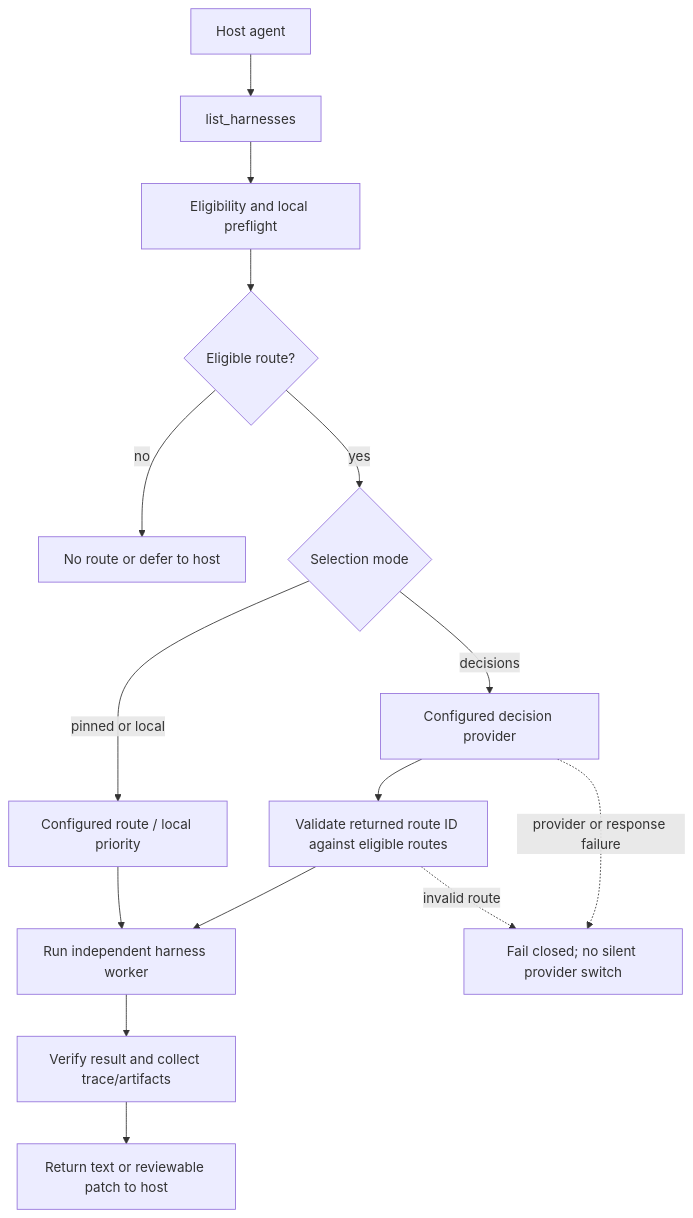
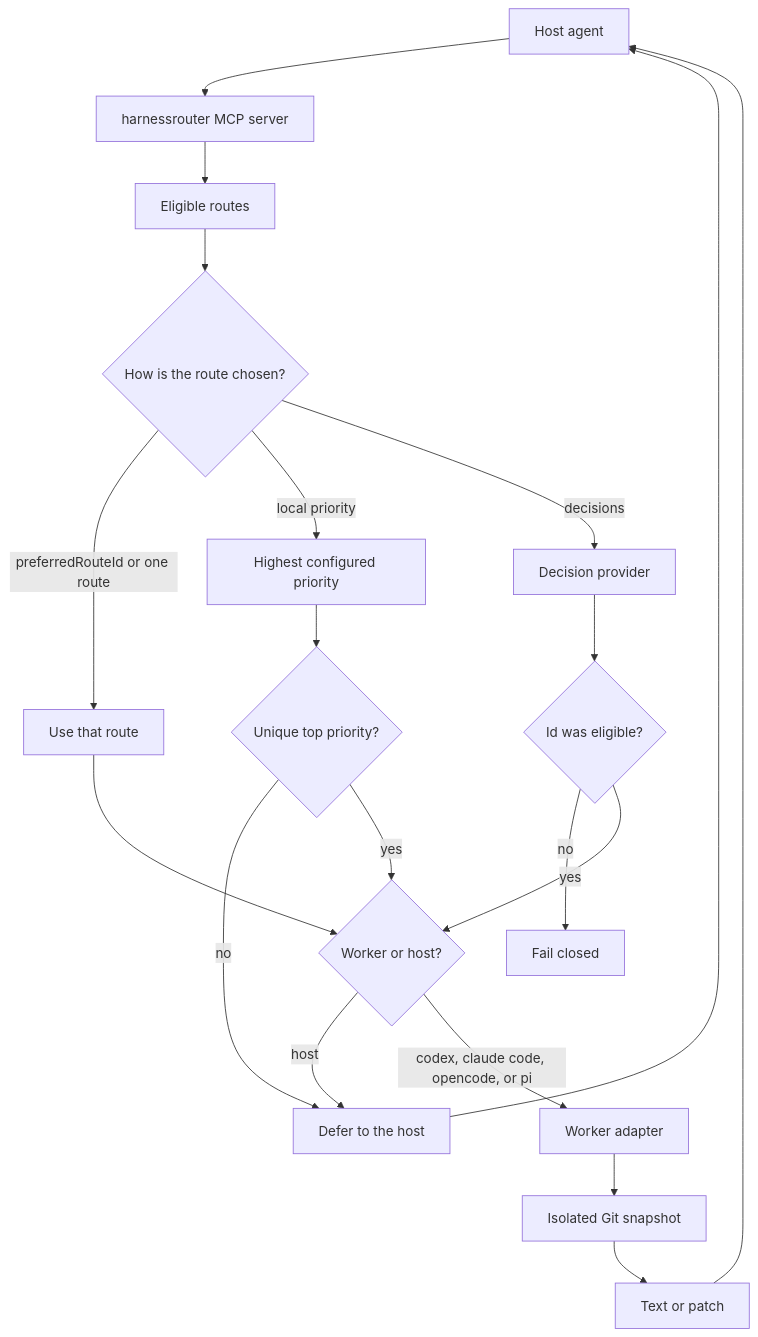
The first of 2 diagrams in README.md (ozgureyilmaz/harnessrouter), drawn with Mermaid before and after one commit. The commit also changed other lines of this file, not shown here.

````diff
--- a/README.md
+++ b/README.md
@@ -125,17 +23,22 @@
 ```mermaid
 flowchart TD
-    A[Host agent] --> B[list_harnesses]
-    B --> C[Eligibility and local preflight]
-    C --> D{Eligible route?}
-    D -- no --> N[No route or defer to host]
-    D -- yes --> E{Selection mode}
-    E -- pinned or local --> F[Configured route / local priority]
-    E -- decisions --> G[Configured decision provider]
-    G --> H[Validate returned route ID against eligible routes]
-    F --> I[Run independent harness worker]
-    H --> I
-    I --> J[Verify result and collect trace/artifacts]
-    J --> K[Return text or reviewable patch to host]
-    G -. provider or response failure .-> X[Fail closed; no silent provider switch]
-    H -. invalid route .-> X
+    Host[Host agent] --> MCP[harnessrouter MCP server]
+    MCP --> Filter[Eligible routes]
+    Filter --> Pick{How is the route chosen?}
+    Pick -->|"preferredRouteId or one route"| Direct[Use that route]
+    Pick -->|local priority| Rank[Highest configured priority]
+    Pick -->|decisions| Provider[Decision provider]
+    Provider --> Offered{Id was eligible?}
+    Offered -->|no| Closed[Fail closed]
+    Direct --> Kind{Worker or host?}
+    Rank --> Unique{Unique top priority?}
+    Unique -->|no| Defer[Defer to the host]
+    Unique -->|yes| Kind
+    Offered -->|yes| Kind
+    Kind -->|host| Defer
+    Kind -->|"codex, claude code, opencode, or pi"| Adapter[Worker adapter]
+    Adapter --> Snap[Isolated Git snapshot]
+    Snap --> Result[Text or patch]
+    Result --> Host
+    Defer --> Host
 ```
````
